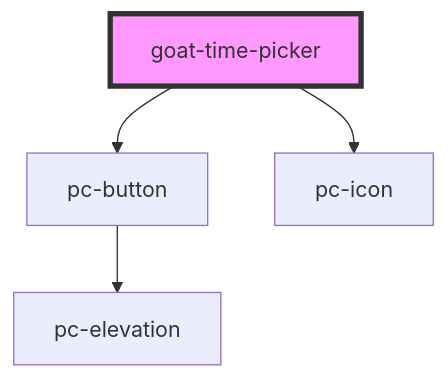
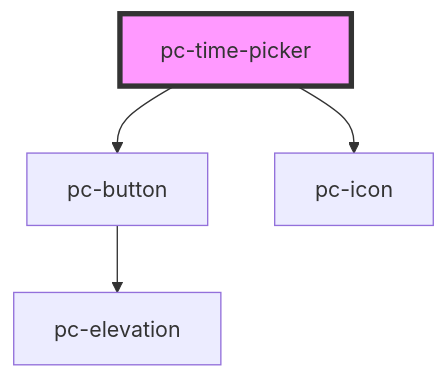
The diagram in src/components/input-controls/data-and-time/date/time-picker/readme.md (redvars/peacock), drawn with Mermaid before and after one commit. The commit also changed other lines of this file and 299 other files, not shown here.

````diff
--- a/src/components/input-controls/data-and-time/date/time-picker/readme.md
+++ b/src/components/input-controls/data-and-time/date/time-picker/readme.md
@@ -75,7 +75,7 @@
 ```mermaid
 graph TD;
-  goat-time-picker --> pc-button
-  goat-time-picker --> pc-icon
+  pc-time-picker --> pc-button
+  pc-time-picker --> pc-icon
   pc-button --> pc-elevation
-  style goat-time-picker fill:#f9f,stroke:#333,stroke-width:4px
+  style pc-time-picker fill:#f9f,stroke:#333,stroke-width:4px
 ```
````
